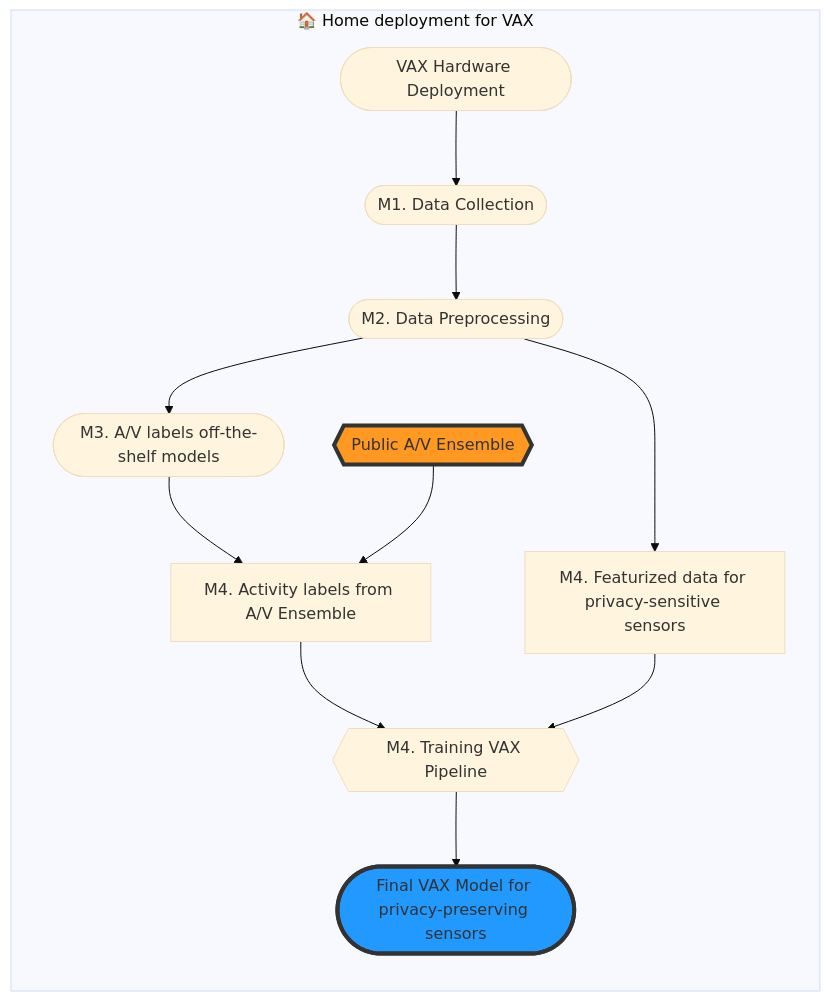
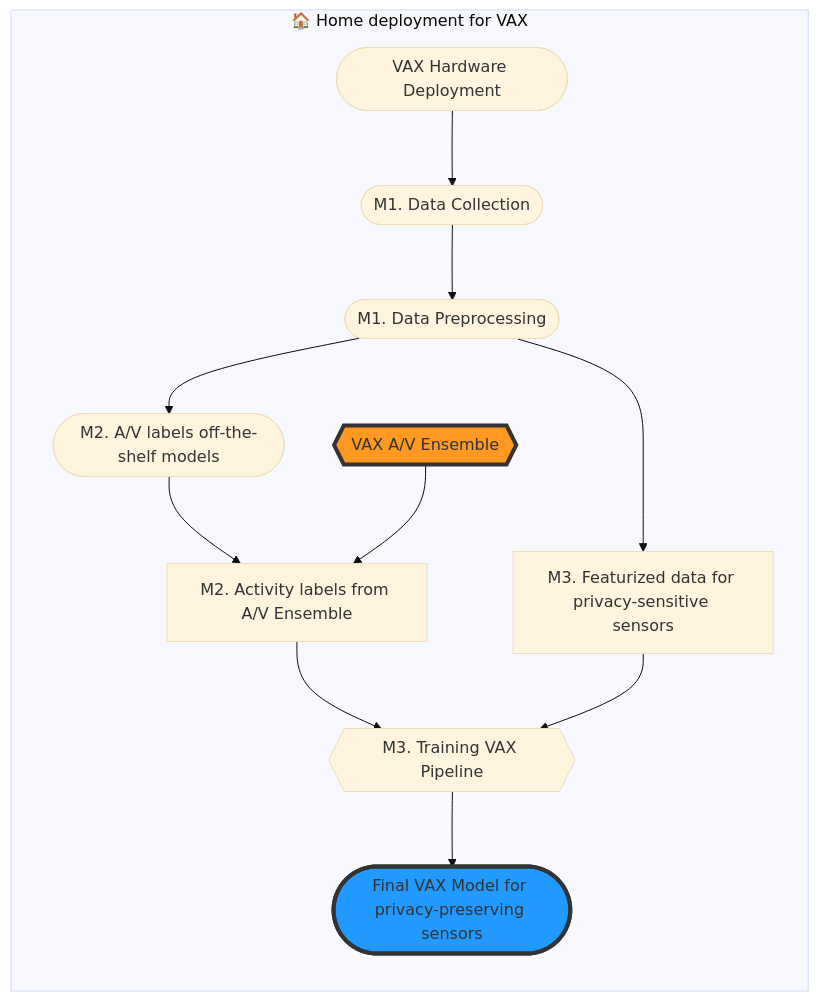
One commit to synergylabs/vax changed the diagram in README.md. Above: the diagram before and after it, drawn with Mermaid (base theme). The commit also changed other lines of this file and 164 other files, not shown here.

Commit message:
Cleaning data collection code and readme files, merging data preprocessing and visualization in simpler format

````diff
--- a/README.md
+++ b/README.md
@@ -62,23 +54,23 @@
 ```mermaid
 %%{init: {"flowchart": {"htmlLabels": false}} }%%
 flowchart LR
     Home(["M1. Data Collection"])
     Deploysensors([VAX Hardware Deployment])
-    AV(["M3. A/V labels off-the-shelf models"])
-    DP(["M2. Data Preprocessing"])   
-    finalensemble{{Public A/V Ensemble}}
+    AV(["M2. A/V labels off-the-shelf models"])
+    DP(["M1. Data Preprocessing"])   
+    finalensemble{{VAX A/V Ensemble}}
     style finalensemble fill:#f92,stroke:#333,stroke-width:4px
-    vaxav{{M4. Training VAX Pipeline}}
+    vaxav{{M3. Training VAX Pipeline}}
     vaxmodel([Final VAX Model for privacy-preserving sensors])
     style vaxmodel fill:#29f,stroke:#333,stroke-width:4px
-    activityfromav[M4. Activity labels from A/V Ensemble]
-    rawdatafromx[M4. Featurized data for privacy-sensitive sensors]
+    activityfromav[M2. Activity labels from A/V Ensemble]
+    rawdatafromx[M3. Featurized data for privacy-sensitive sensors]
     subgraph "🏠 Home deployment for VAX"  
       Deploysensors --> Home --> DP--> AV --> activityfromav
       finalensemble --> activityfromav
       activityfromav --> vaxav
       DP --> rawdatafromx --> vaxav
       vaxav --> vaxmodel
     end
 
 ```
````
